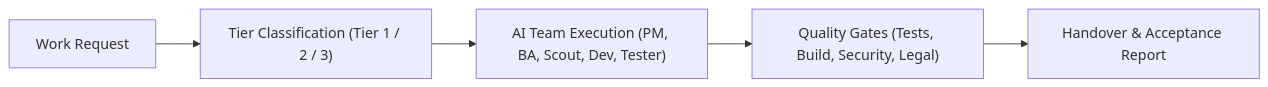
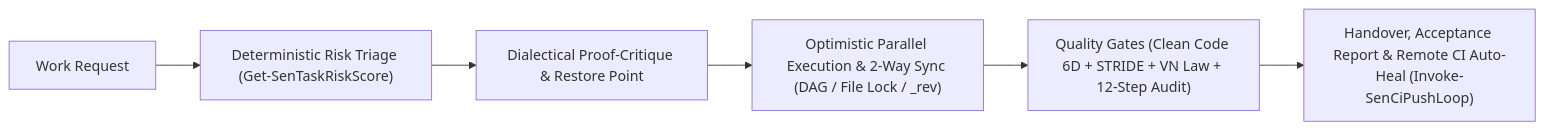
Before and after one commit to developerfs0110/Sen: the diagram in README.en.md, drawn with Mermaid. The commit also changed other lines of this file and 22 other files, not shown here.

Commit message:
Hoàn tất kiểm chứng phản biện Red-Team 22/22, bộ tài liệu Showcase/Sinh viên IT, mô phỏng Output 2 giai đoạn và khóa đẳng cấu 5 tầng chống quên (Test-SenCapabilityParity)

````diff
--- a/README.en.md
+++ b/README.en.md
@@ -30,7 +30,8 @@
 ```mermaid
 flowchart LR
-    A["Work Request"] --> B["Tier Classification (Tier 1 / 2 / 3)"]
-    B --> C["AI Team Execution (PM, BA, Scout, Dev, Tester)"]
-    C --> D["Quality Gates (Tests, Build, Security, Legal)"]
-    D --> E["Handover & Acceptance Report"]
+    A["Work Request"] --> B["Deterministic Risk Triage (Get-SenTaskRiskScore)"]
+    B --> C["Dialectical Proof-Critique & Restore Point"]
+    C --> D["Optimistic Parallel Execution & 2-Way Sync (DAG / File Lock / _rev)"]
+    D --> E["Quality Gates (Clean Code 6D + STRIDE + VN Law + 12-Step Audit)"]
+    E --> F["Handover, Acceptance Report & Remote CI Auto-Heal (Invoke-SenCiPushLoop)"]
 ```
````
